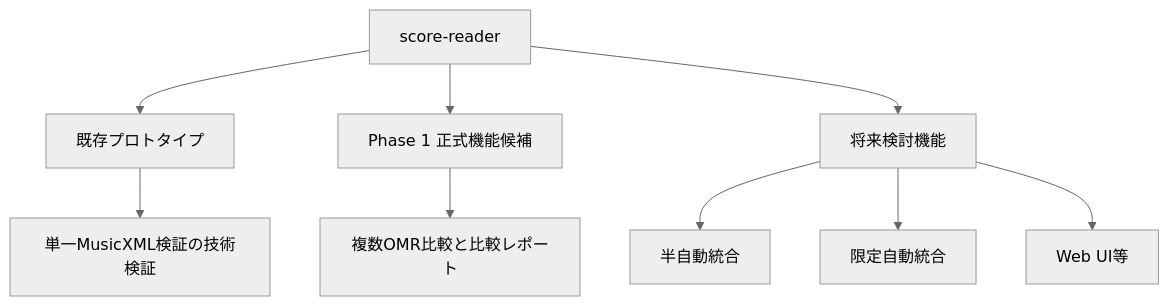
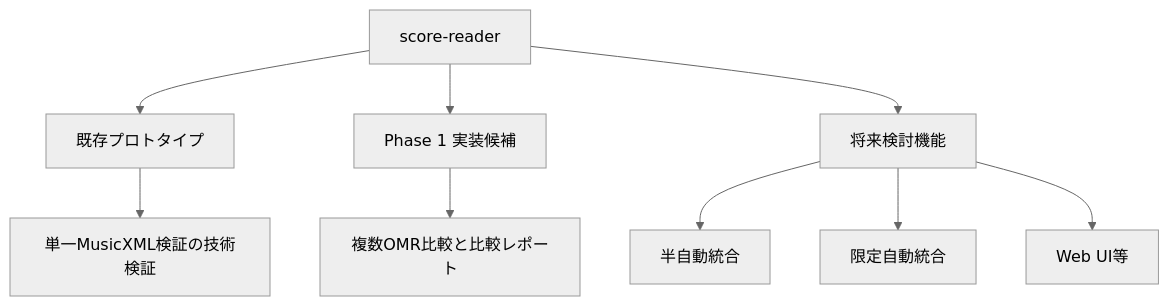
Before and after one commit to t-oikawa-sendai/score-reader: the third of 4 diagrams in docs/design/MULTI_OMR_BASIC_DESIGN.md, drawn with Mermaid (neutral theme). The commit also changed other lines of this file, not shown here.

Commit message:
Finalize multi-OMR basic design terminology and phase boundaries

````diff
--- a/docs/design/MULTI_OMR_BASIC_DESIGN.md
+++ b/docs/design/MULTI_OMR_BASIC_DESIGN.md
@@ -292,12 +285,12 @@
 ```mermaid
 flowchart TD
     A[score-reader] --> B[既存プロトタイプ]
-    A --> C[Phase 1 正式機能候補]
+    A --> C[Phase 1 実装候補]
     A --> D[将来検討機能]
 
     B --> B1[単一MusicXML検証の技術検証]
     C --> C1[複数OMR比較と比較レポート]
     D --> D1[半自動統合]
     D --> D2[限定自動統合]
     D --> D3[Web UI等]
 ```
````
